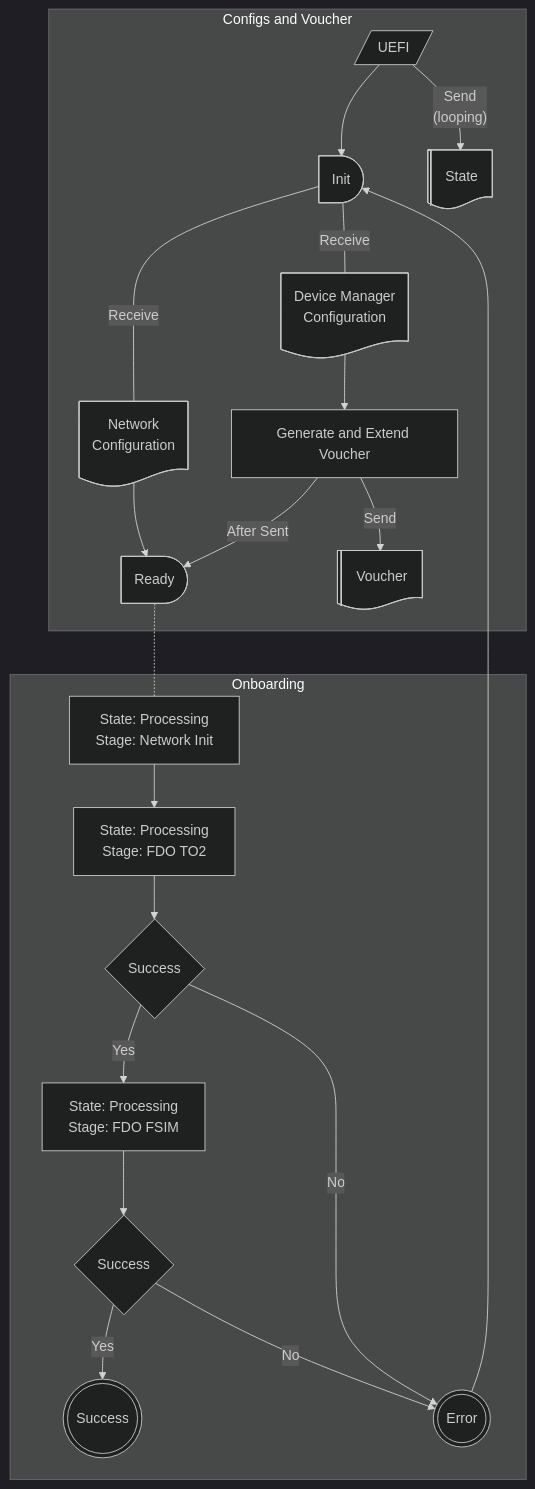
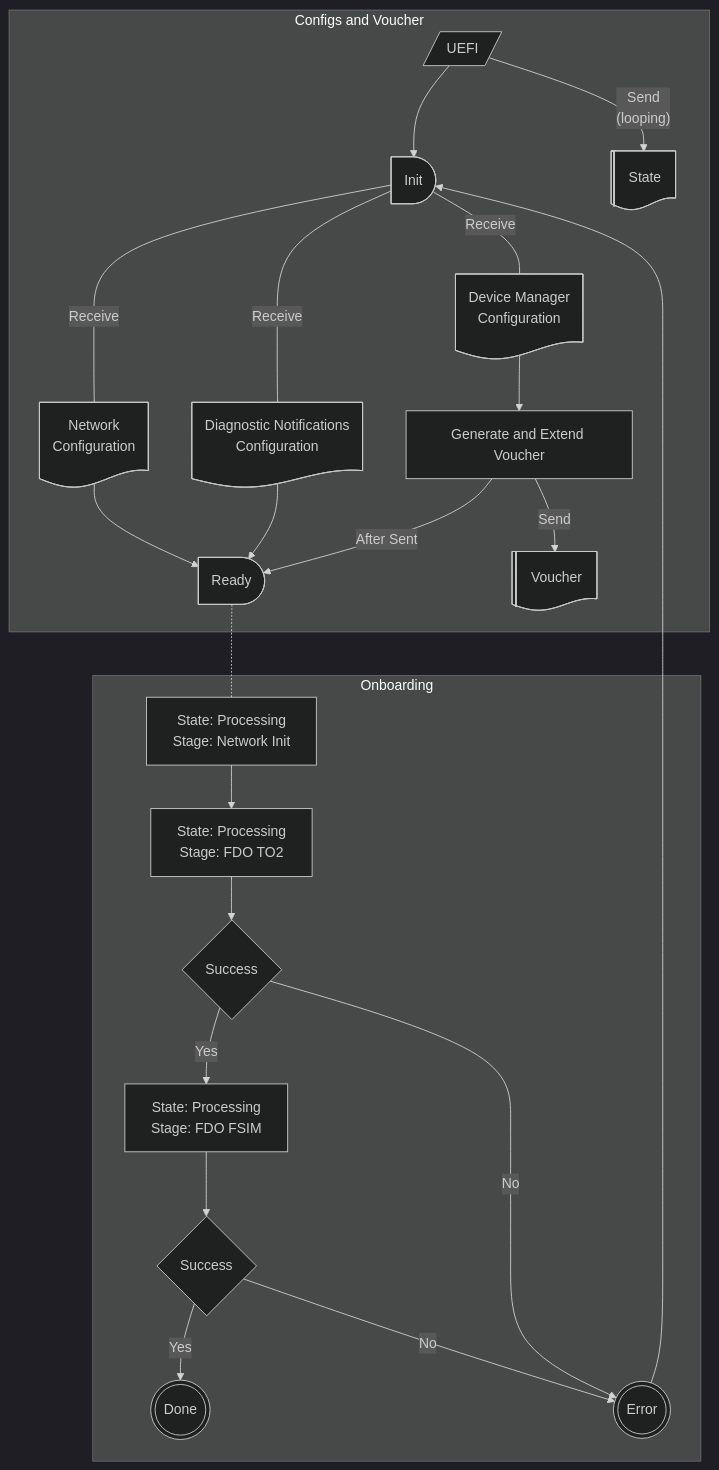
Before and after one commit to fido-device-onboard/uefi-ble-fdo: the third of 3 diagrams in SPEC.md, drawn with Mermaid (dark theme). The commit also changed other lines of this file, not shown here.

````diff
--- a/SPEC.md
+++ b/SPEC.md
@@ -122,33 +130,35 @@
 ```mermaid
 flowchart TD
     subgraph Configs and Voucher
     central@{ shape: lean-r, label: "UEFI" }
     init@{ shape: delay, label: "Init" }
     central --> init
     central -- Send<br/>(looping) --> state@{ shape: lin-doc, label: "State" }
     init -- Receive --- netConfig@{ shape: doc, label: "Network<br/>Configuration" }
     init -- Receive --- devmgrConfig@{ shape: doc, label: "Device Manager<br/>Configuration" }
+    init -- Receive --- notifyConfig@{ shape: doc, label: "Diagnostic Notifications<br/>Configuration" }
     devmgrConfig --> selfDI[Generate and Extend Voucher]
-    %% voucher@{shape: lin-doc, label: "Voucher"} -- Write --- smartphone
     netConfig --> ready
+    notifyConfig --> ready
     selfDI -- After Sent--> ready@{ shape: delay, label: "Ready" }
     selfDI -- Send --> voucher@{shape: lin-doc, label: "Voucher"}
 
     end
 
     subgraph Onboarding
-    %% ready -.- state@{ shape: doc, label: "State" }
     ready -.- netinit[State: Processing<br/>Stage: Network Init] --> fdoConnect[State: Processing<br/>Stage: FDO TO2]
 
     fdoConnect --> connected@{ shape: diamond, label: "Success" }
-    connected -- Yes --> fdoXFER[State: Processing<br/>Stage: FDO FSIM]
+    connected -- Yes --> fsim[State: Processing<br/>Stage: FDO FSIM]
+    
+    fsim --> transferred@{ shape: diamond, label: "Success" }
+    transferred -- Yes --> success@{ shape: dbl-circ, label: "Done" }
+
+    transferred -- No -->error
     connected -- No -->error@{ shape: dbl-circ, label: "Error" }
 
-    fdoXFER --> transferred@{ shape: diamond, label: "Success" }
-    transferred -- Yes --> success@{ shape: dbl-circ, label: "Success" }
-    transferred -- No -->error
-
     error --> init
+    
 
     end
 ```
````
